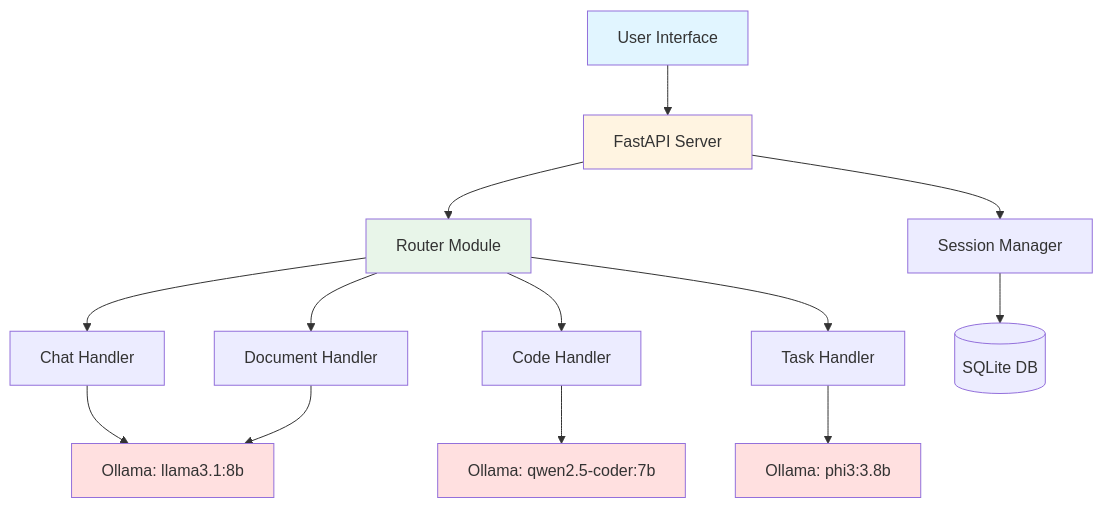
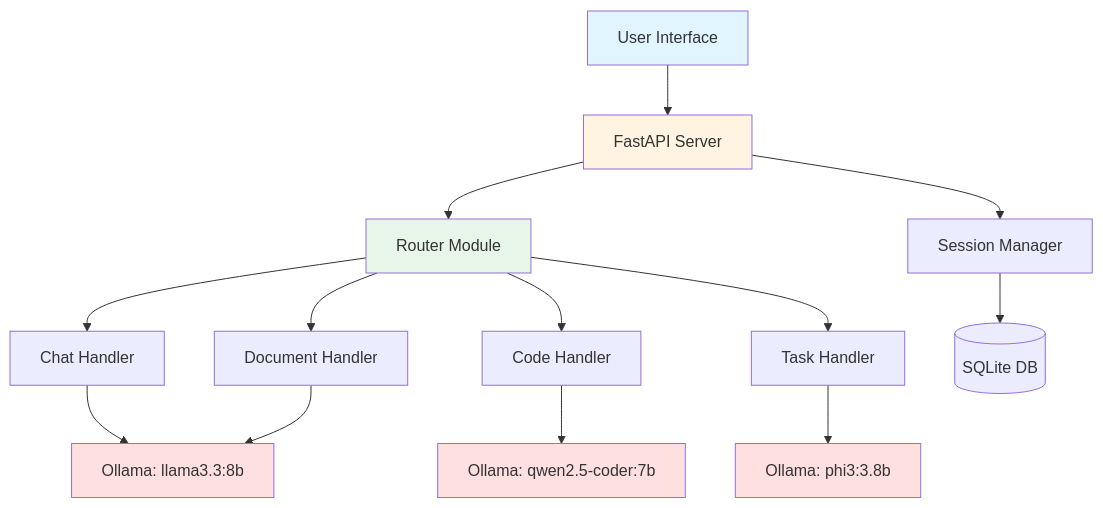
The diagram in public/data/workshops/workshop-03-morning-local-ai/04_project.md (DreamLab-AI/dreamlab-ai-website), drawn with Mermaid before and after one commit. The commit also changed other lines of this file and 111 other files, not shown here.

````diff
--- a/public/data/workshops/workshop-03-morning-local-ai/04_project.md
+++ b/public/data/workshops/workshop-03-morning-local-ai/04_project.md
@@ -23,24 +23,24 @@
 ```mermaid
 graph TD
     A[User Interface] --> B[FastAPI Server]
     B --> C[Router Module]
     C --> D[Chat Handler]
     C --> E[Code Handler]
     C --> F[Document Handler]
     C --> G[Task Handler]
 
-    D --> H[Ollama: llama3.1:8b]
+    D --> H[Ollama: llama3.3:8b]
     E --> I[Ollama: qwen2.5-coder:7b]
     F --> H
     G --> J[Ollama: phi3:3.8b]
 
     B --> K[Session Manager]
     K --> L[(SQLite DB)]
 
     style A fill:#e1f5ff
     style B fill:#fff4e1
     style C fill:#e8f5e9
     style H fill:#ffe0e0
     style I fill:#ffe0e0
     style J fill:#ffe0e0
 ```
````
